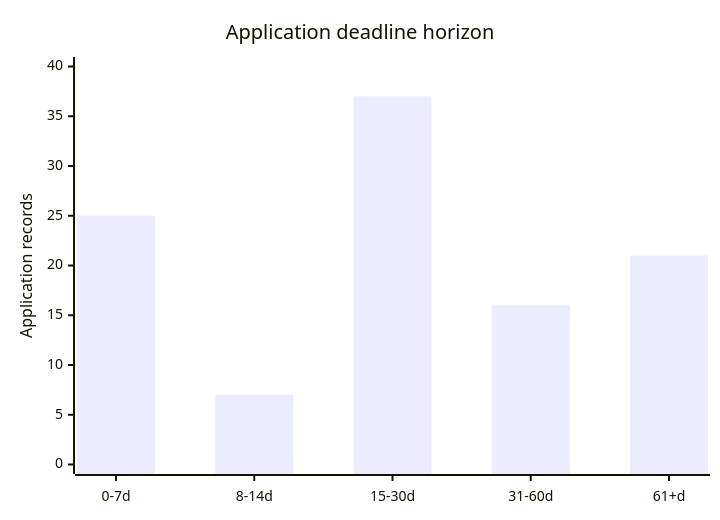
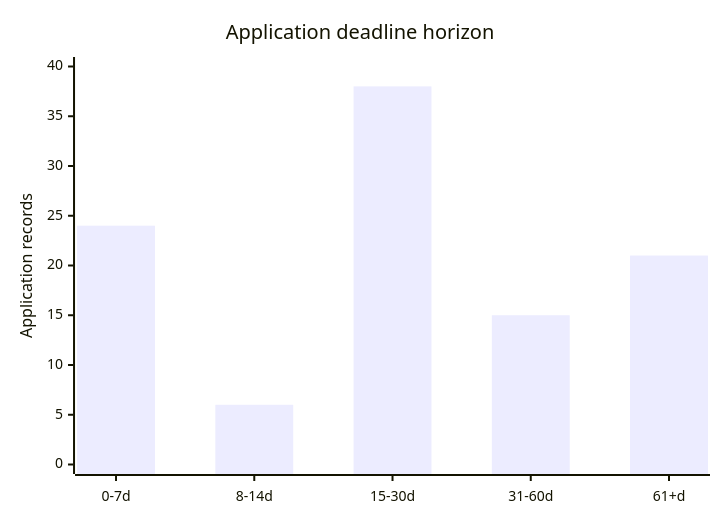
One commit to Armanasq/phd_tracker changed the diagram in docs/diagrams/deadline_xy.mmd. Above: the diagram before and after it, drawn with Mermaid. The commit also changed 39 other files, not shown here.

```diff
--- a/docs/diagrams/deadline_xy.mmd
+++ b/docs/diagrams/deadline_xy.mmd
@@ -1,5 +1,5 @@
 xychart-beta
     title "Application deadline horizon"
     x-axis ["0-7d", "8-14d", "15-30d", "31-60d", "61+d"]
     y-axis "Application records" 0 --> 40
-    bar [25, 7, 37, 16, 21]
+    bar [24, 6, 38, 15, 21]
```
